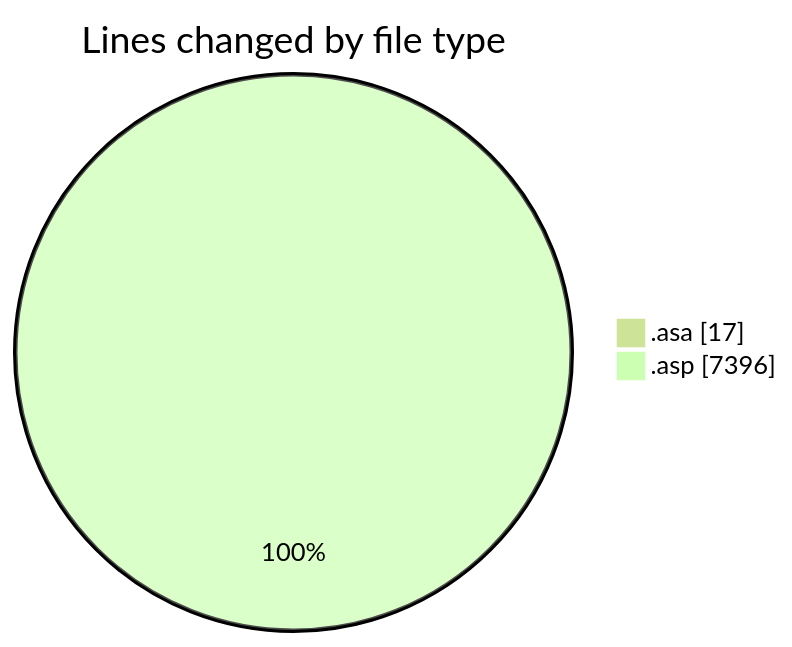
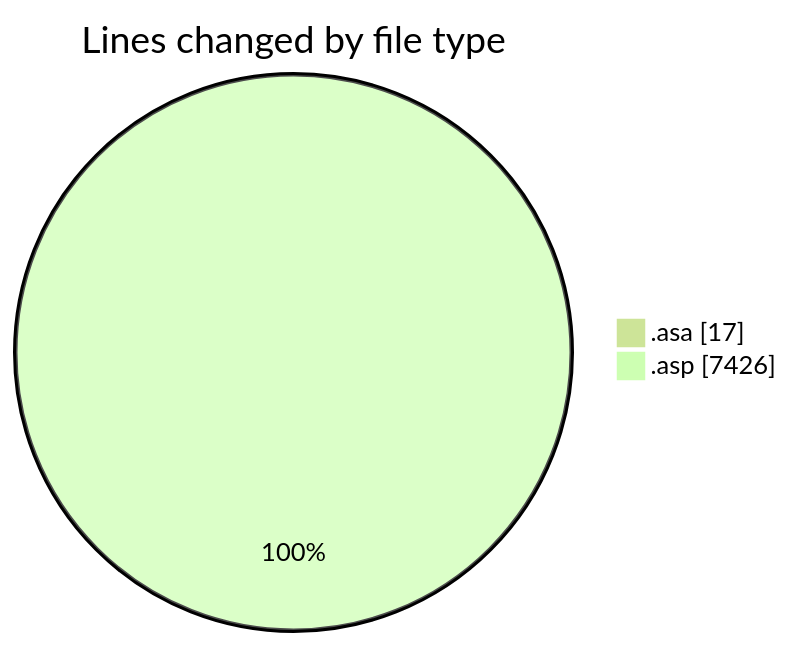
Before and after one commit to julien-gomy/code-tracking: the first of 2 diagrams in 2025-11-06/usr_aleoudev_fr__workspace_/README.md, drawn with Mermaid (forest theme). The commit also changed other lines of this file and 1 other file, not shown here.

````diff
--- a/2025-11-06/usr_aleoudev_fr__workspace_/README.md
+++ b/2025-11-06/usr_aleoudev_fr__workspace_/README.md
@@ -24,6 +24,6 @@
 ```mermaid
 pie showData
 title Lines changed by file type
 ".asa" : 17
-".asp" : 7396
+".asp" : 7426
 ```
````
